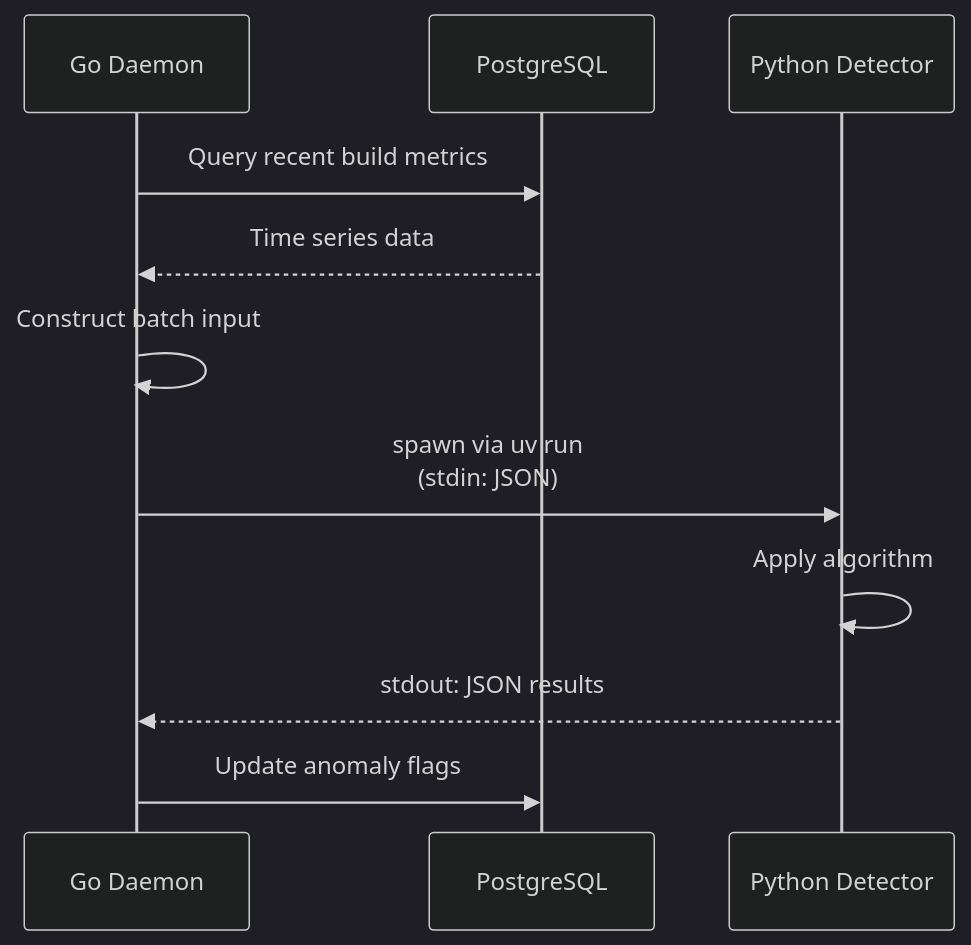
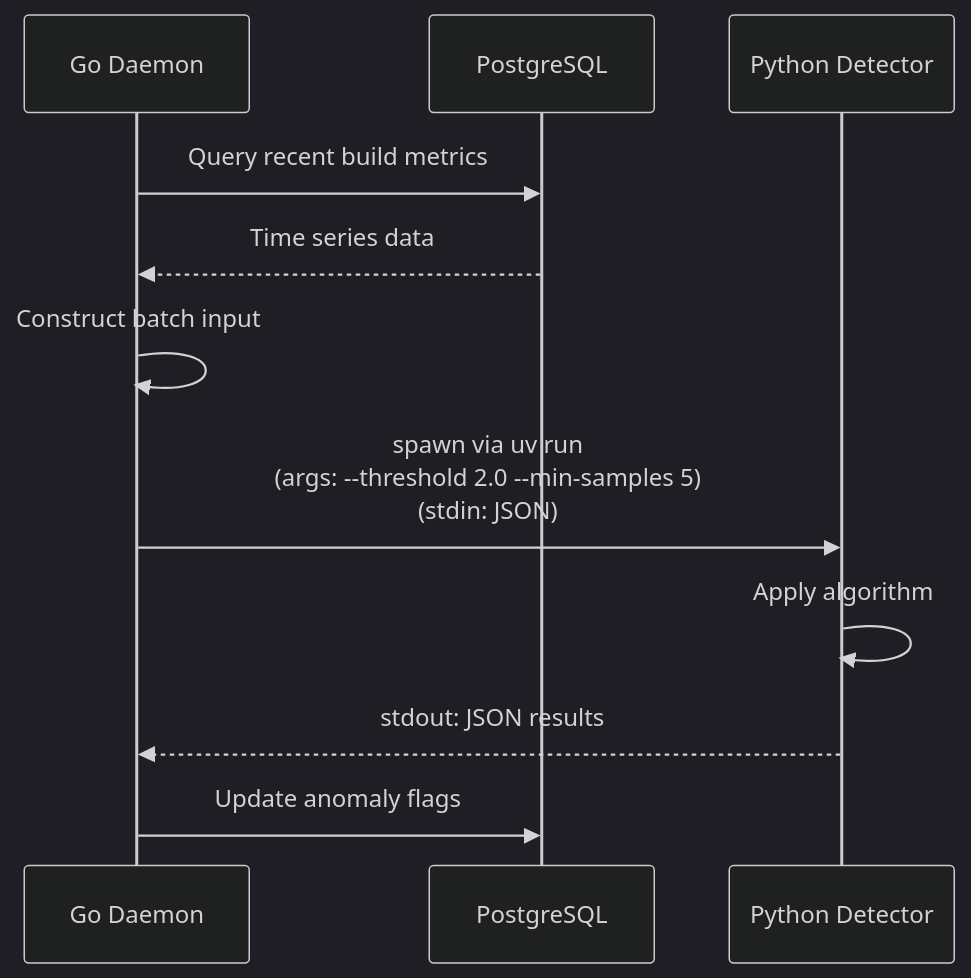
One commit to neelabalan/playground changed the second of 2 diagrams in jenkins_observability/README.md. Above: the diagram before and after it, drawn with Mermaid (dark theme). The commit also changed other lines of this file and 4 other files, not shown here.

````diff
--- a/jenkins_observability/README.md
+++ b/jenkins_observability/README.md
@@ -137,14 +137,14 @@
 ```mermaid
 sequenceDiagram
     participant Daemon as Go Daemon
     participant DB as PostgreSQL
     participant Detector as Python Detector
     
     Daemon->>DB: Query recent build metrics
     DB-->>Daemon: Time series data
     Daemon->>Daemon: Construct batch input
-    Daemon->>Detector: spawn via uv run<br/>(stdin: JSON)
+    Daemon->>Detector: spawn via uv run<br/>(args: --threshold 2.0 --min-samples 5)<br/>(stdin: JSON)
     Detector->>Detector: Apply algorithm
     Detector-->>Daemon: stdout: JSON results
     Daemon->>DB: Update anomaly flags
 ```
````
